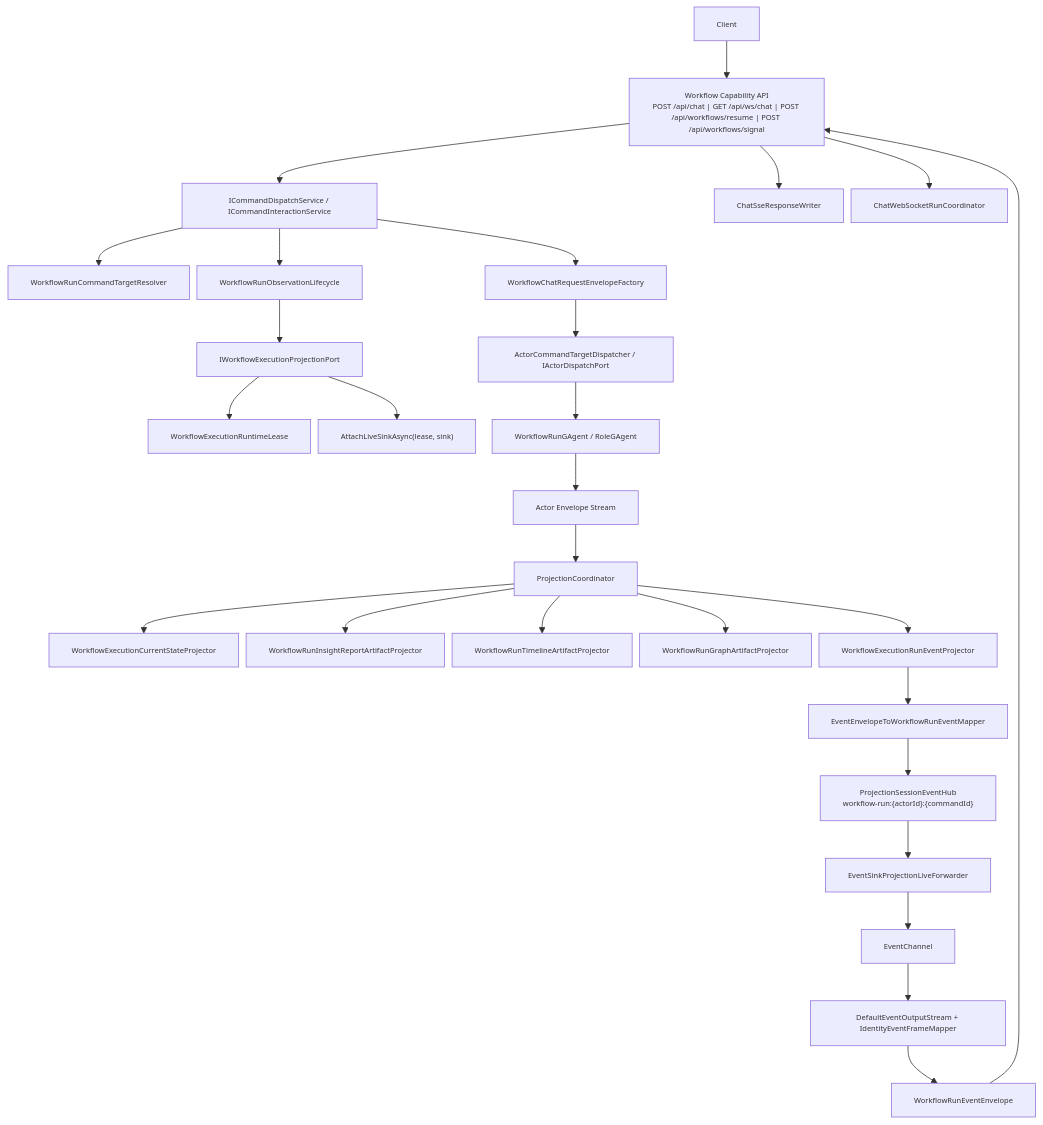
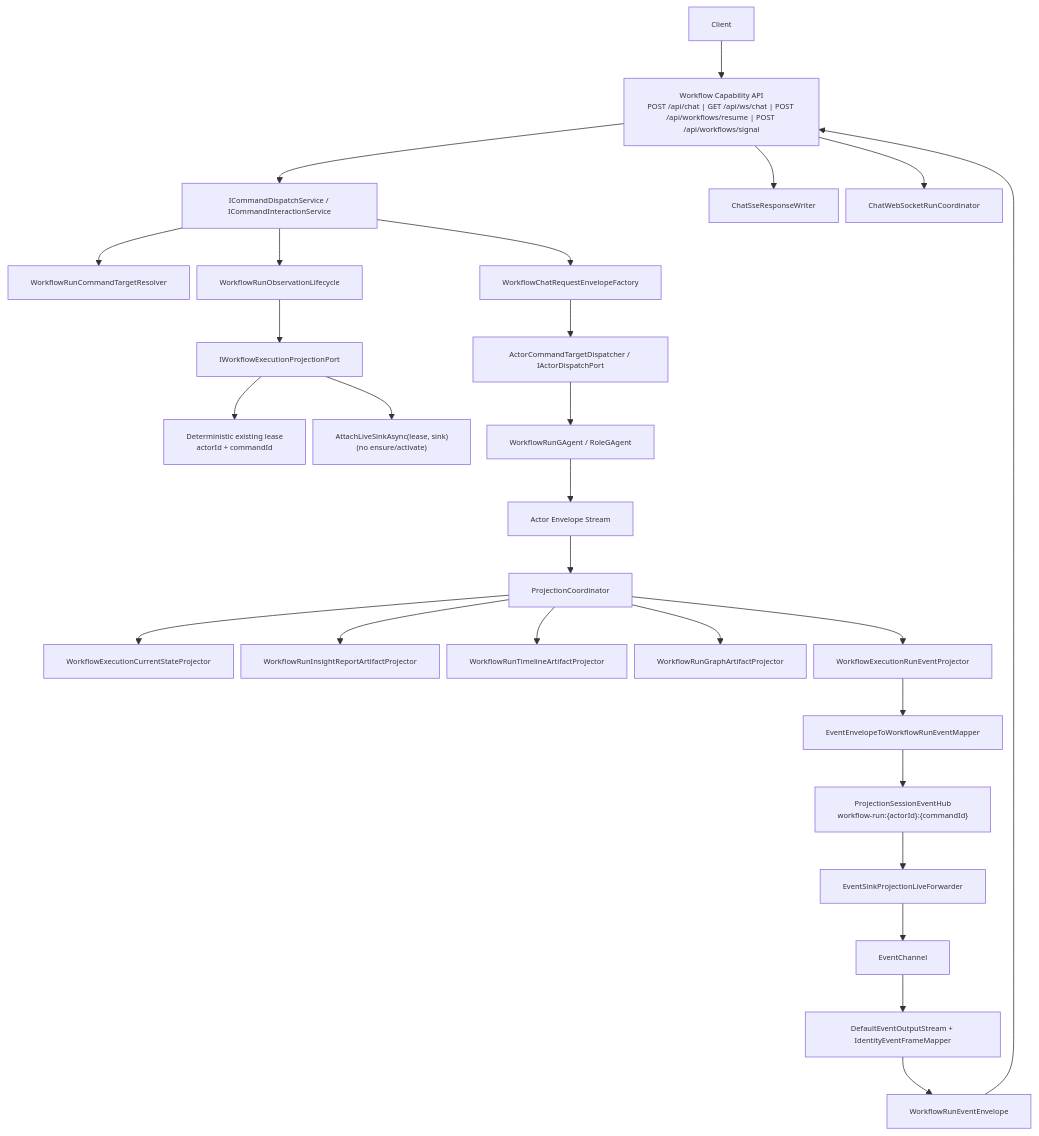
Before and after one commit to aevatarAI/aevatar: the first of 5 diagrams in docs/canon/llm-streaming.md, drawn with Mermaid. The commit also changed other lines of this file and 13 other files, not shown here.

````diff
--- a/docs/canon/llm-streaming.md
+++ b/docs/canon/llm-streaming.md
@@ -65,30 +65,30 @@
 ```mermaid
 %%{init: {"maxTextSize": 100000, "flowchart": {"useMaxWidth": false, "nodeSpacing": 10, "rankSpacing": 50}, "themeVariables": {"fontSize": "10px"}}}%%
 flowchart TB
     C["Client"] --> H["Workflow Capability API\nPOST /api/chat | GET /api/ws/chat | POST /api/workflows/resume | POST /api/workflows/signal"]
     H --> CMD["ICommandDispatchService / ICommandInteractionService"]
     CMD --> RES["WorkflowRunCommandTargetResolver"]
     CMD --> BND["WorkflowRunObservationLifecycle"]
     BND --> LIF["IWorkflowExecutionProjectionPort"]
-    LIF --> LEASE["WorkflowExecutionRuntimeLease"]
-    LIF --> SUB["AttachLiveSinkAsync(lease, sink)"]
+    LIF --> LEASE["Deterministic existing lease\nactorId + commandId"]
+    LIF --> SUB["AttachLiveSinkAsync(lease, sink)\n(no ensure/activate)"]
     CMD --> FAC["WorkflowChatRequestEnvelopeFactory"]
     FAC --> DSP["ActorCommandTargetDispatcher / IActorDispatchPort"]
     DSP --> ACT["WorkflowRunGAgent / RoleGAgent"]
     ACT --> EVT["Actor Envelope Stream"]
     EVT --> COOR["ProjectionCoordinator"]
     COOR --> RM1["WorkflowExecutionCurrentStateProjector"]
     COOR --> RM2["WorkflowRunInsightReportArtifactProjector"]
     COOR --> RM3["WorkflowRunTimelineArtifactProjector"]
     COOR --> RM4["WorkflowRunGraphArtifactProjector"]
     COOR --> REP["WorkflowExecutionRunEventProjector"]
     REP --> MAP["EventEnvelopeToWorkflowRunEventMapper"]
     MAP --> HUB["ProjectionSessionEventHub\nworkflow-run:{actorId}:{commandId}"]
     HUB --> FWD["EventSinkProjectionLiveForwarder<WorkflowExecutionRuntimeLease, WorkflowRunEventEnvelope>"]
     FWD --> CH["EventChannel<WorkflowRunEventEnvelope>"]
     CH --> STR["DefaultEventOutputStream + IdentityEventFrameMapper"]
     STR --> FR["WorkflowRunEventEnvelope"]
     FR --> H
     H --> SSE["ChatSseResponseWriter"]
     H --> WS["ChatWebSocketRunCoordinator"]
 ```
````
